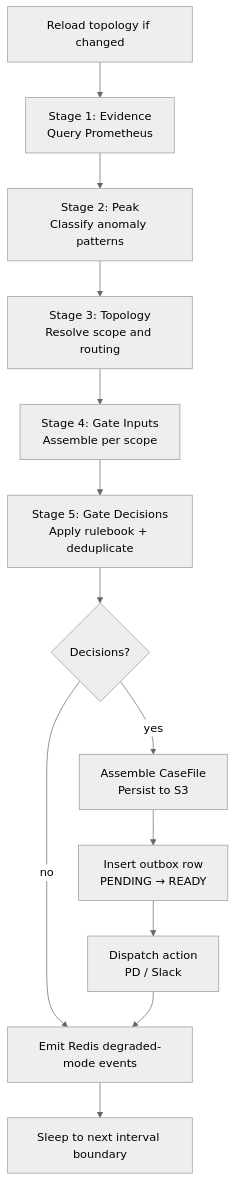
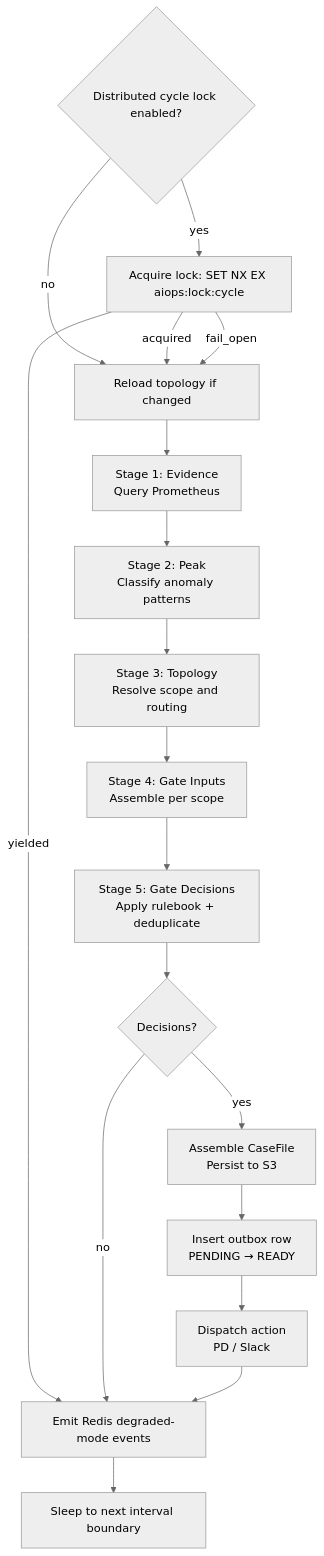
One commit to ssasvathan/aiops changed the diagram in docs/runtime-modes.md. Above: the diagram before and after it, drawn with Mermaid (neutral theme). The commit also changed other lines of this file and 26 other files, not shown here.

Commit message:
bmad(epic-4/4-1-add-distributed-cycle-lock-with-fail-open-behavior): complete workflow and quality gates

````diff
--- a/docs/runtime-modes.md
+++ b/docs/runtime-modes.md
@@ -49,15 +50,20 @@
 ```mermaid
 flowchart TD
-    A[Reload topology if changed] --> B[Stage 1: Evidence<br>Query Prometheus]
-    B --> C[Stage 2: Peak<br>Classify anomaly patterns]
-    C --> D[Stage 3: Topology<br>Resolve scope and routing]
-    D --> E[Stage 4: Gate Inputs<br>Assemble per scope]
-    E --> F[Stage 5: Gate Decisions<br>Apply rulebook + deduplicate]
-    F --> G{Decisions?}
-    G -->|yes| H[Assemble CaseFile<br>Persist to S3]
-    H --> I[Insert outbox row<br>PENDING → READY]
-    I --> J[Dispatch action<br>PD / Slack]
-    G -->|no| K[Emit Redis degraded-mode events]
-    J --> K
+    A{Distributed cycle lock enabled?} -->|no| B[Reload topology if changed]
+    A -->|yes| A1[Acquire lock: SET NX EX aiops:lock:cycle]
+    A1 -->|acquired| B
+    A1 -->|yielded| K[Emit Redis degraded-mode events]
+    A1 -->|fail_open| B
+    B --> C[Stage 1: Evidence<br>Query Prometheus]
+    C --> D[Stage 2: Peak<br>Classify anomaly patterns]
+    D --> E[Stage 3: Topology<br>Resolve scope and routing]
+    E --> F[Stage 4: Gate Inputs<br>Assemble per scope]
+    F --> G[Stage 5: Gate Decisions<br>Apply rulebook + deduplicate]
+    G --> H{Decisions?}
+    H -->|yes| I[Assemble CaseFile<br>Persist to S3]
+    I --> J[Insert outbox row<br>PENDING → READY]
+    J --> M[Dispatch action<br>PD / Slack]
+    H -->|no| K[Emit Redis degraded-mode events]
+    M --> K
     K --> L[Sleep to next interval boundary]
 ```
````
